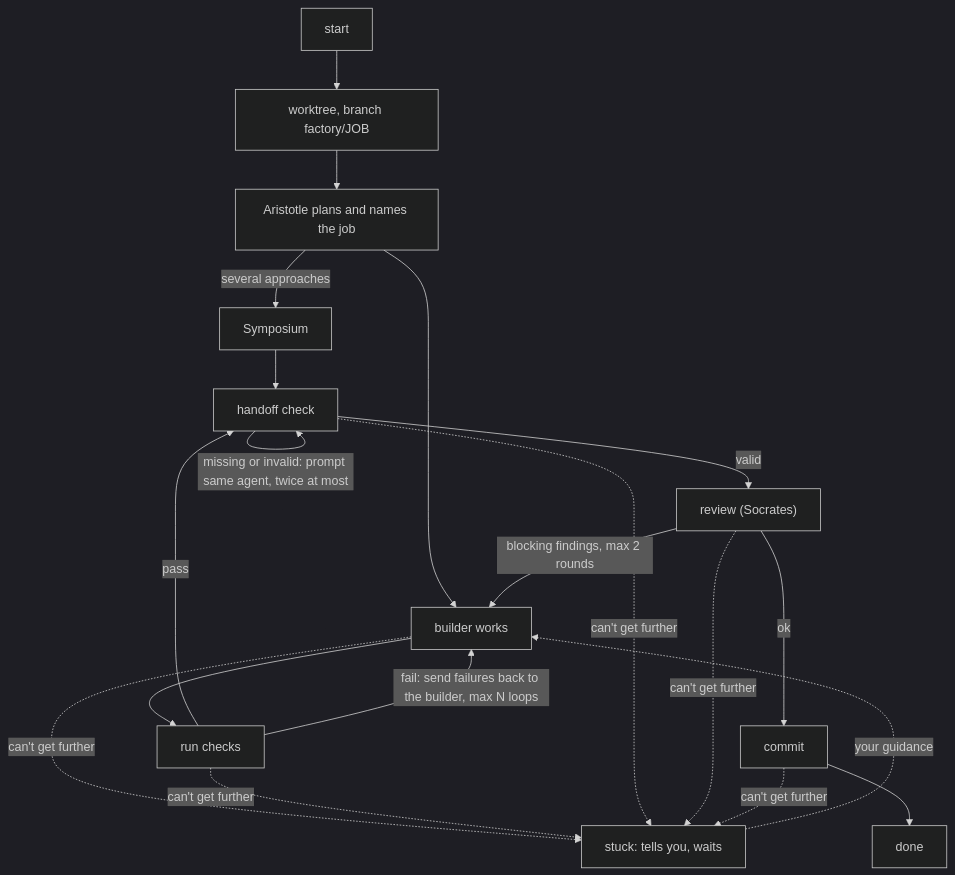
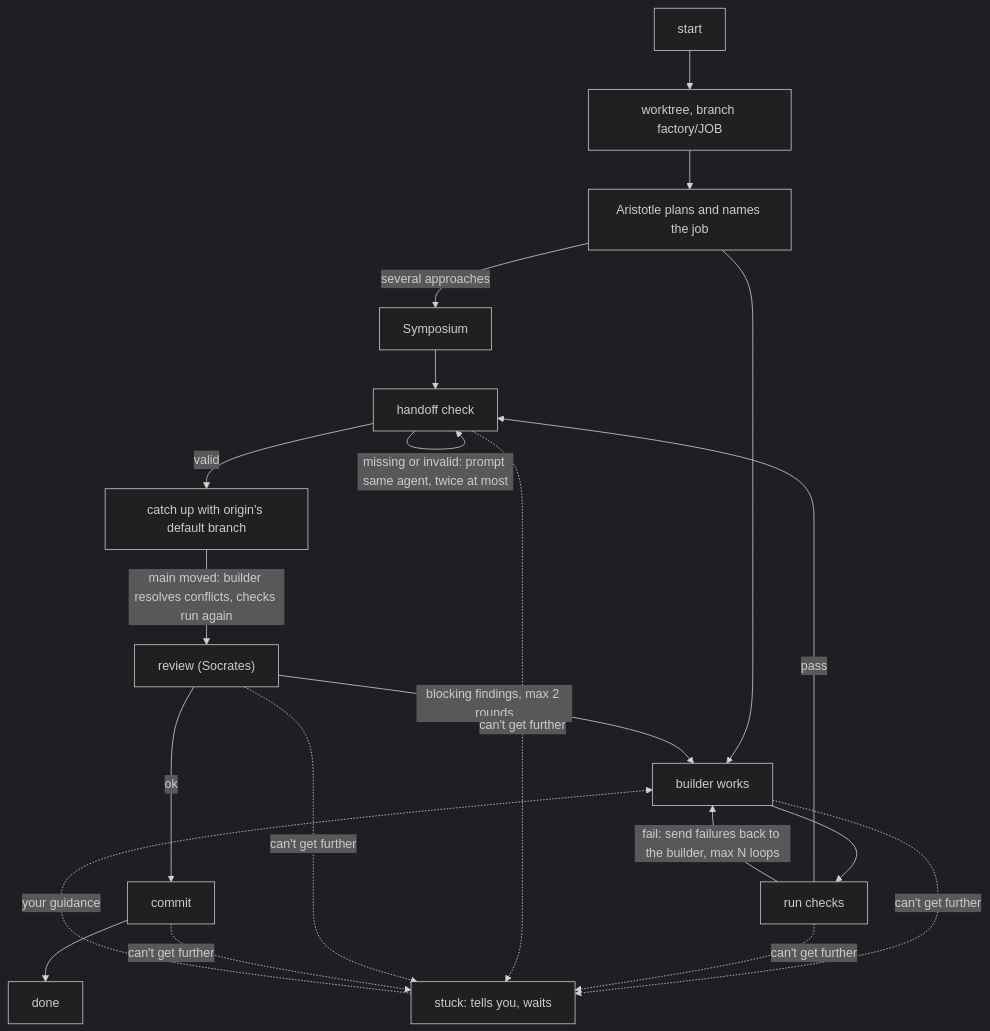
One commit to kize1509/factory changed the fourth of 4 diagrams in docs/ENGINE.md. Above: the diagram before and after it, drawn with Mermaid (dark theme). The commit also changed other lines of this file and 21 other files, not shown here.

````diff
--- a/docs/ENGINE.md
+++ b/docs/ENGINE.md
@@ -143,18 +143,19 @@
 ```mermaid
 flowchart TD
     S["start"] --> W["worktree, branch factory/JOB"]
     W --> PL["Aristotle plans and names the job"]
     PL -->|"several approaches"| SY["Symposium"]
     PL --> BW["builder works"]
     SY --> HC
     BW --> RC["run checks"]
     RC -->|pass| HC["handoff check"]
     RC -->|"fail: send failures back to the builder, max N loops"| BW
-    HC -->|valid| RV["review (Socrates)"]
+    HC -->|valid| CU["catch up with origin's default branch"]
+    CU -->|"main moved: builder resolves conflicts, checks run again"| RV["review (Socrates)"]
     HC -->|"missing or invalid: prompt same agent, twice at most"| HC
     RV -->|"blocking findings, max 2 rounds"| BW
     RV -->|ok| CM["commit"]
     CM --> D["done"]
     BW & RC & HC & RV & CM -.->|"can't get further"| ST["stuck: tells you, waits"]
     ST -.->|"your guidance"| BW
 ```
````
